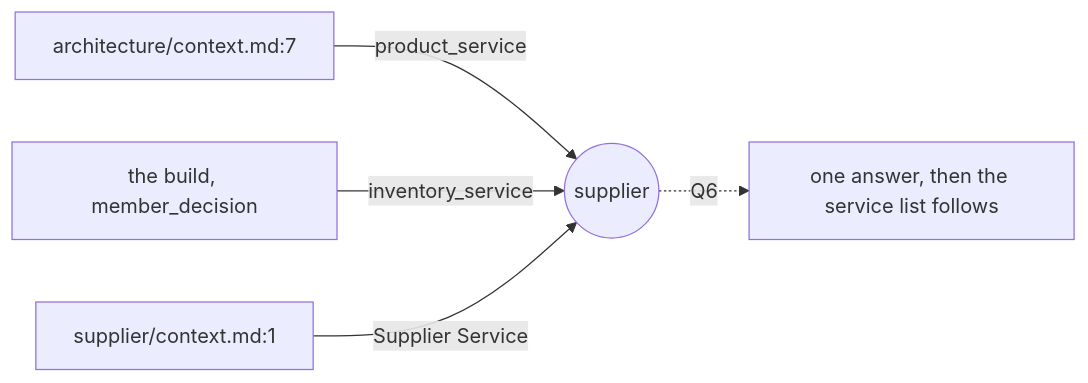
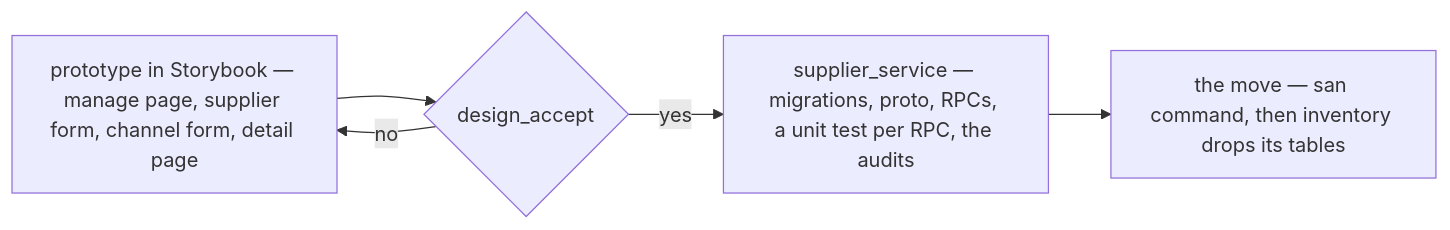
The third of 4 diagrams in docs/business/supplier/context_clarify.md (pdcgo/warehouse_revamp), drawn with Mermaid before and after one commit. The commit also changed other lines of this file and 6 other files, not shown here.

First line of the commit message:
supplier: Q6, Q7, Q8 answered - own supplier_service, the shared marketplace list, hard delete

````diff
--- a/docs/business/supplier/context_clarify.md
+++ b/docs/business/supplier/context_clarify.md
@@ -197,7 +103,7 @@
 ```mermaid
 flowchart LR
-  A["architecture/context.md:7"] -->|"product_service"| S(("supplier"))
-  B["the build, member_decision"] -->|"inventory_service"| S
-  C["supplier/context.md:1"] -->|"Supplier Service"| S
-  S -.->|"Q6"| R["one answer, then the service list follows"]
+  P["prototype in Storybook — manage page, supplier form, channel form, detail page"] --> A{"design_accept"}
+  A -->|"yes"| B["supplier_service — migrations, proto, RPCs, a unit test per RPC, the audits"]
+  B --> M["the move — san command, then inventory drops its tables"]
+  A -->|"no"| P
 ```
````
